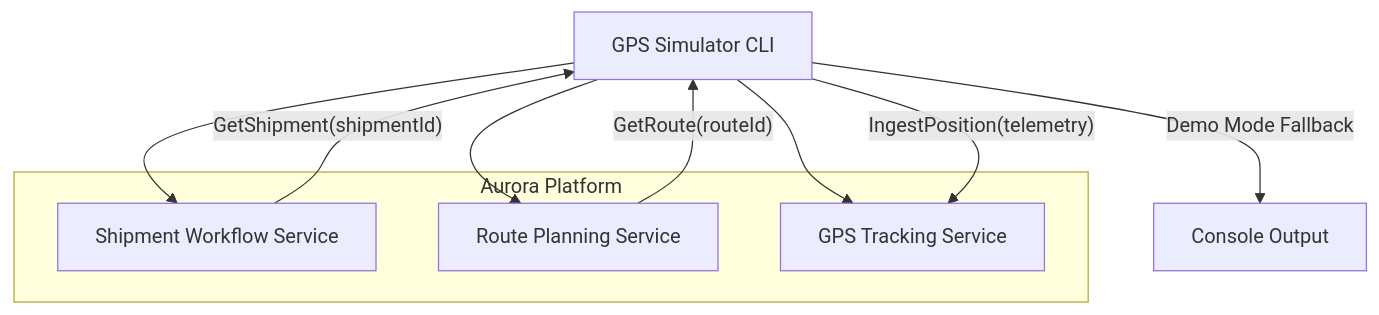
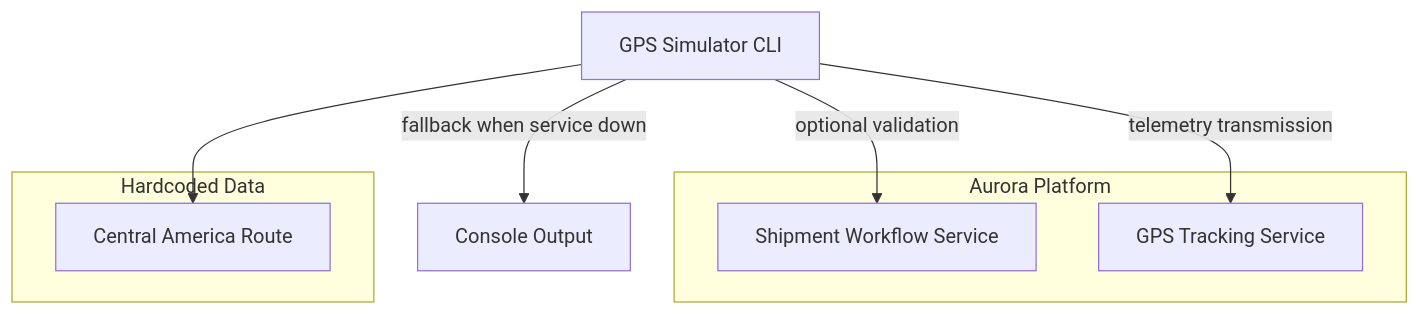
One commit to Logistics-Agent/aurora-server changed the first of 2 diagrams in .kiro/specs/gps-simulator/design.md. Above: the diagram before and after it, drawn with Mermaid. The commit also changed other lines of this file and 2 other files, not shown here.

Commit message:
feat: shared messaging extensions for telemetry ingestion

````diff
--- a/.kiro/specs/gps-simulator/design.md
+++ b/.kiro/specs/gps-simulator/design.md
@@ -19,18 +19,17 @@
 ```mermaid
 graph TB
-    CLI[GPS Simulator CLI] --> SWS[Shipment Workflow Service]
-    CLI --> RPS[Route Planning Service]  
-    CLI --> GTS[GPS Tracking Service]
-    
-    SWS --> |"GetShipment(shipmentId)"| CLI
-    RPS --> |"GetRoute(routeId)"| CLI
-    CLI --> |"IngestPosition(telemetry)"| GTS
-    
-    CLI --> |"Demo Mode Fallback"| Console[Console Output]
+    CLI[GPS Simulator CLI] --> |optional validation| SWS[Shipment Workflow Service]
+    CLI --> |telemetry transmission| GTS[GPS Tracking Service]
+    CLI --> |fallback when service down| Console[Console Output]
     
     subgraph "Aurora Platform"
         SWS
-        RPS
         GTS
     end
+    
+    subgraph "Hardcoded Data"
+        Route[Central America Route]
+    end
+    
+    CLI --> Route
 ```
````
